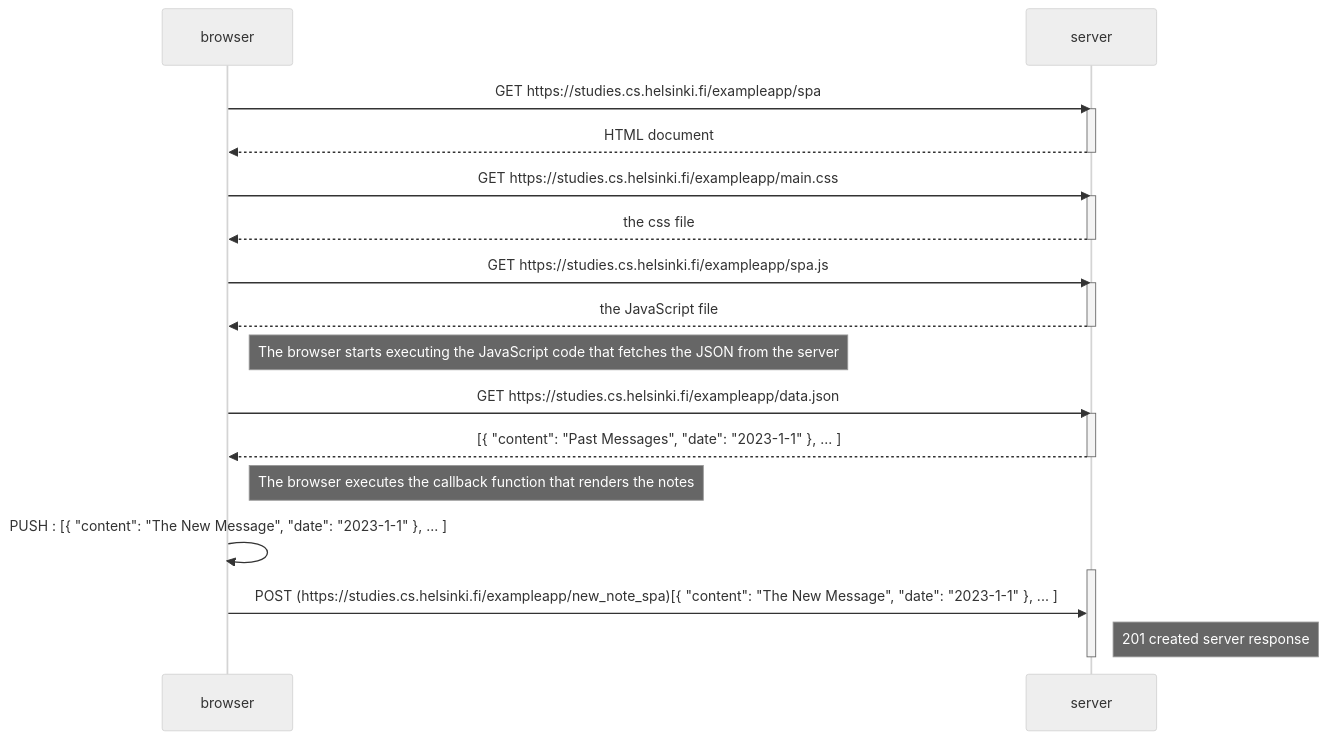
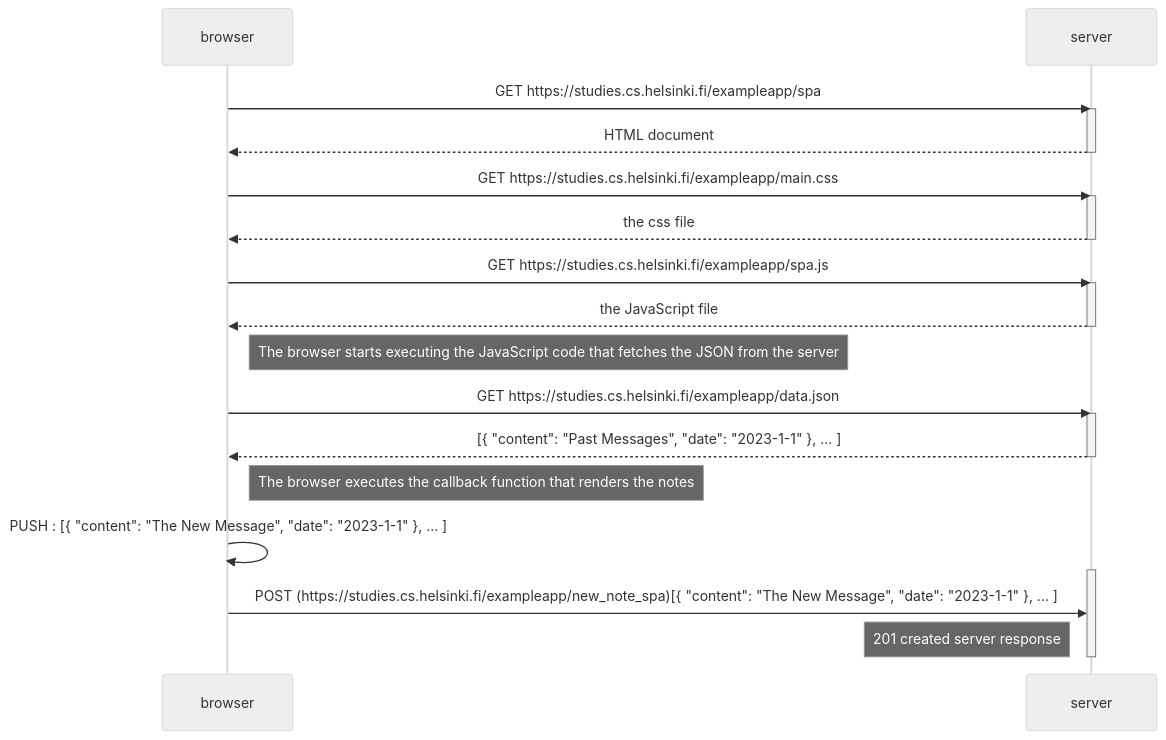
The diagram in 0.6 New Note in SPA.md (RobbThompson/FullStackOpen), drawn with Mermaid (neutral theme) before and after one commit.

Commit message:
Update 0.6 New Note in SPA.md

````diff
--- a/0.6 New Note in SPA.md
+++ b/0.6 New Note in SPA.md
@@ -1,35 +1,35 @@
 ```mermaid
 sequenceDiagram
     participant browser
     participant server
 
     browser->>server: GET https://studies.cs.helsinki.fi/exampleapp/spa
     activate server
     server-->>browser: HTML document
     deactivate server
 
     browser->>server: GET https://studies.cs.helsinki.fi/exampleapp/main.css
     activate server
     server-->>browser: the css file
     deactivate server
 
     browser->>server: GET https://studies.cs.helsinki.fi/exampleapp/spa.js
     activate server
     server-->>browser: the JavaScript file
     deactivate server
 
     Note right of browser: The browser starts executing the JavaScript code that fetches the JSON from the server
 
     browser->>server: GET https://studies.cs.helsinki.fi/exampleapp/data.json
     activate server
     server-->>browser: [{ "content": "Past Messages", "date": "2023-1-1" }, ... ]
     deactivate server
 
 Note right of browser: The browser executes the callback function that renders the notes
 
     browser->>browser: PUSH : [{ "content": "The New Message", "date": "2023-1-1" }, ... ]
     activate server
     browser->>server: POST (https://studies.cs.helsinki.fi/exampleapp/new_note_spa)[{ "content": "The New Message", "date": "2023-1-1" }, ... ]
-    Note right of server: 201 created server response
+    Note left of server: 201 created server response
     deactivate server
 ```
````
